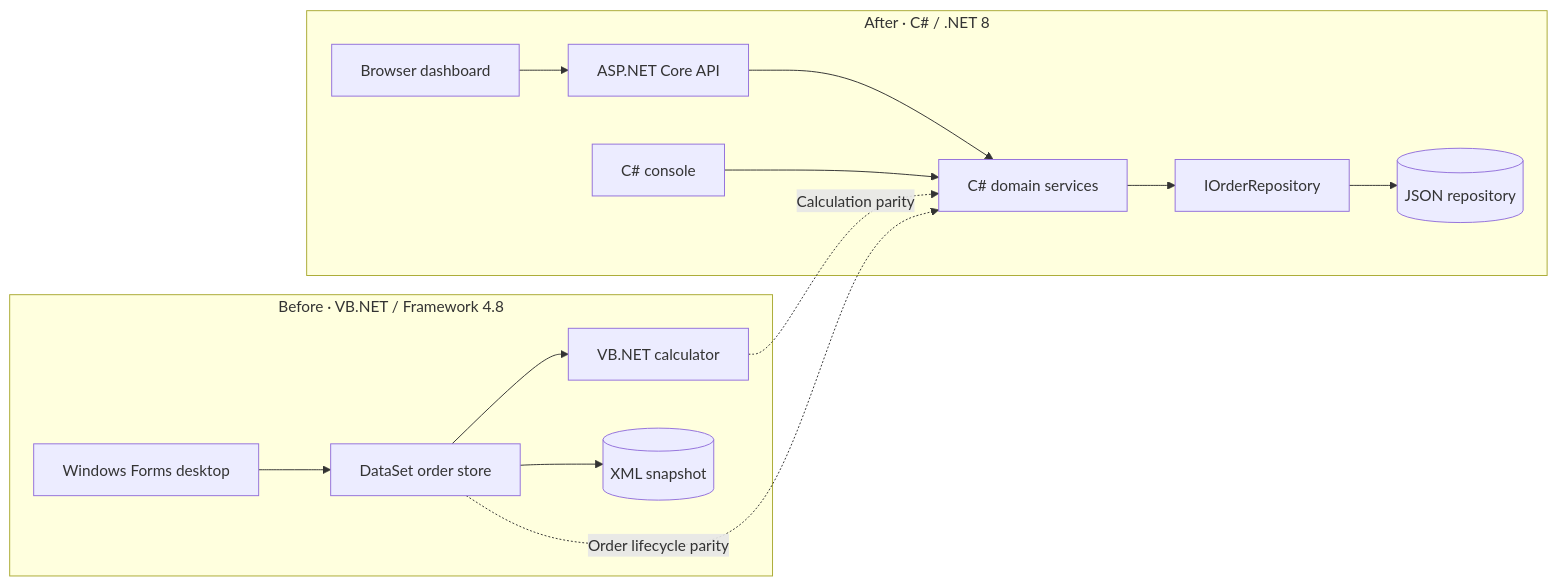
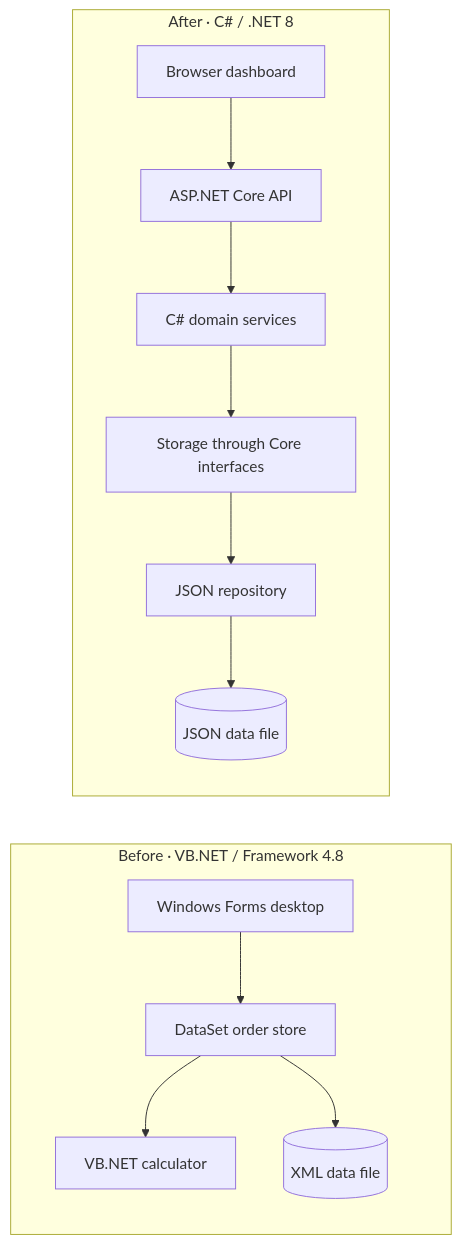
Before and after one commit to RyanHB123/vbnet-to-csharp-migration: the diagram in README.md, drawn with Mermaid. The commit also changed other lines of this file and 5 other files, not shown here.

Commit message:
Clarify application architecture and data storage

````diff
--- a/README.md
+++ b/README.md
@@ -177,17 +174,15 @@
 ```mermaid
 flowchart LR
     subgraph Legacy["Before · VB.NET / Framework 4.8"]
         L[Windows Forms desktop] --> S[DataSet order store]
         S --> V[VB.NET calculator]
-        S --> X[(XML snapshot)]
+        S --> X[(XML data file)]
     end
     subgraph Modern["After · C# / .NET 8"]
         UI[Browser dashboard] --> API[ASP.NET Core API]
         API --> D[C# domain services]
-        CLI[C# console] --> D
-        D --> R[IOrderRepository]
-        R --> J[(JSON repository)]
+        D --> R[Storage through Core interfaces]
+        R --> J[JSON repository]
+        J --> F[(JSON data file)]
     end
-    V -. Calculation parity .-> D
-    S -. Order lifecycle parity .-> D
 ```
````
